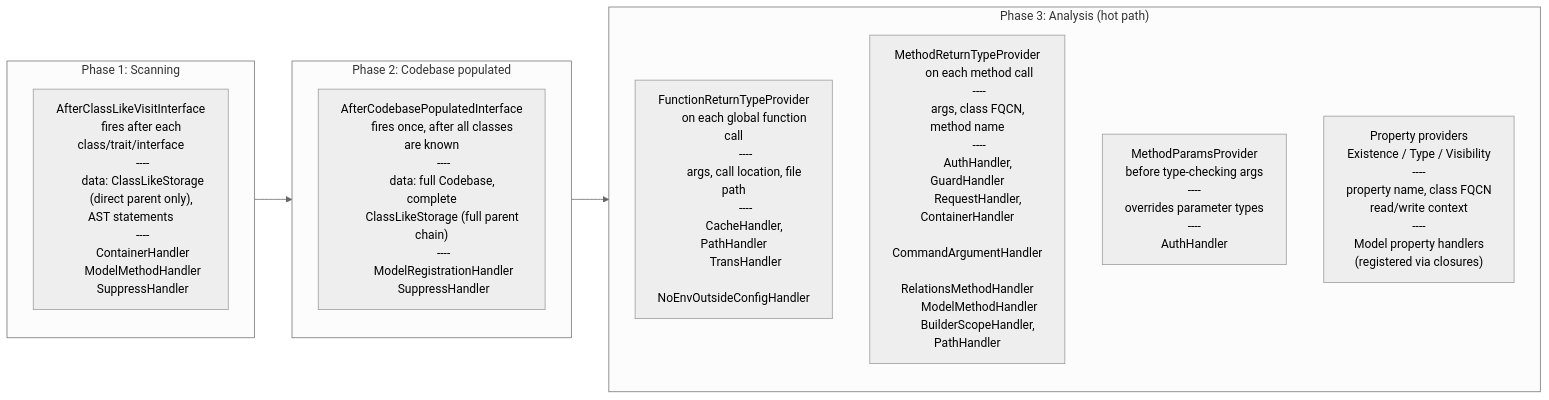
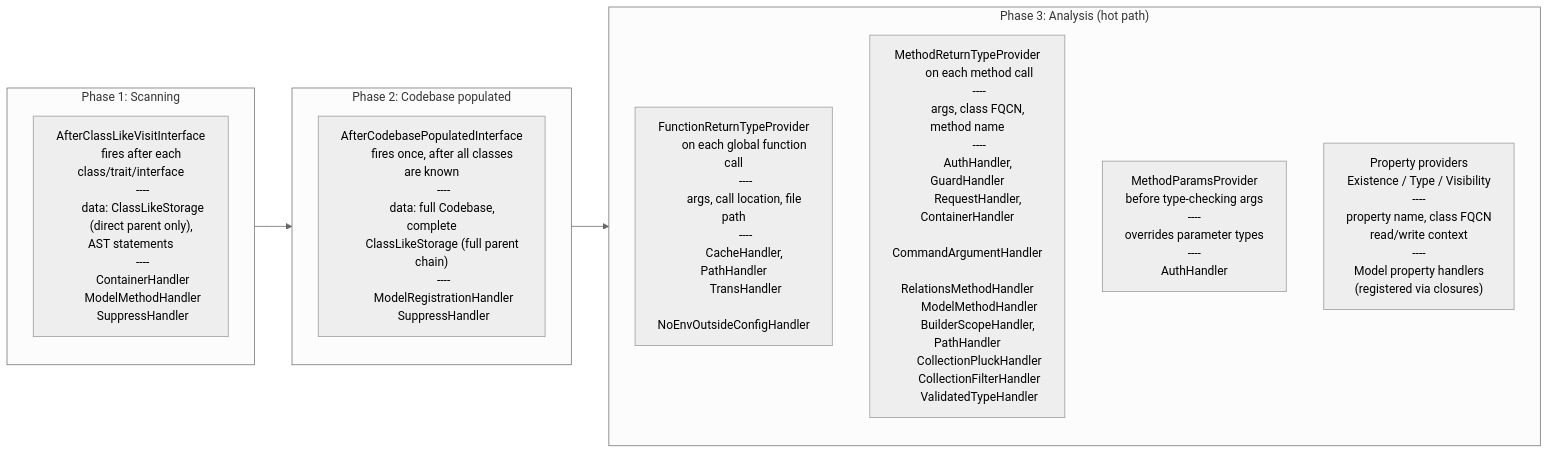
The second of 2 diagrams in docs/contribute/README.md (psalm/psalm-plugin-laravel), drawn with Mermaid (neutral theme) before and after one commit. The commit also changed other lines of this file, not shown here.

Commit message:
docs: add Validation and Collections to handler diagrams #0

````diff
--- a/docs/contribute/README.md
+++ b/docs/contribute/README.md
@@ -122,69 +124,72 @@
 ```mermaid
 flowchart LR
     subgraph scanning ["Phase 1: Scanning"]
         direction TB
         S1["AfterClassLikeVisitInterface
         fires after each class/trait/interface
         ----
         data: ClassLikeStorage
         (direct parent only), AST statements
         ----
         ContainerHandler
         ModelMethodHandler
         SuppressHandler"]
     end
 
     subgraph populated ["Phase 2: Codebase populated"]
         direction TB
         P1["AfterCodebasePopulatedInterface
         fires once, after all classes are known
         ----
         data: full Codebase, complete
         ClassLikeStorage (full parent chain)
         ----
         ModelRegistrationHandler
         SuppressHandler"]
     end
 
     subgraph analysis ["Phase 3: Analysis (hot path)"]
         direction TB
         A1["FunctionReturnTypeProvider
         on each global function call
         ----
         args, call location, file path
         ----
         CacheHandler, PathHandler
         TransHandler
         NoEnvOutsideConfigHandler"]
 
         A2["MethodReturnTypeProvider
         on each method call
         ----
         args, class FQCN, method name
         ----
         AuthHandler, GuardHandler
         RequestHandler, ContainerHandler
         CommandArgumentHandler
         RelationsMethodHandler
         ModelMethodHandler
-        BuilderScopeHandler, PathHandler"]
+        BuilderScopeHandler, PathHandler
+        CollectionPluckHandler
+        CollectionFilterHandler
+        ValidatedTypeHandler"]
 
         A3["MethodParamsProvider
         before type-checking args
         ----
         overrides parameter types
         ----
         AuthHandler"]
 
         A4["Property providers
         Existence / Type / Visibility
         ----
         property name, class FQCN
         read/write context
         ----
         Model property handlers
         (registered via closures)"]
     end
 
     scanning --> populated --> analysis
 ```
````
